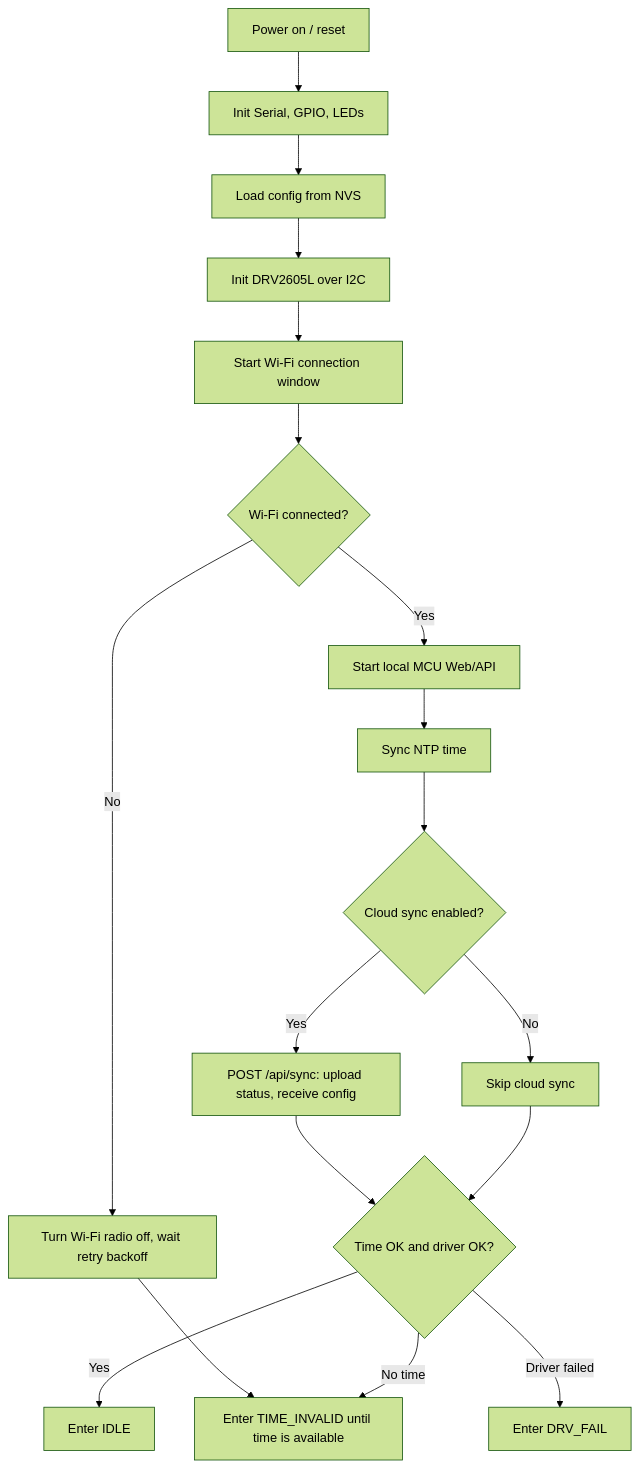
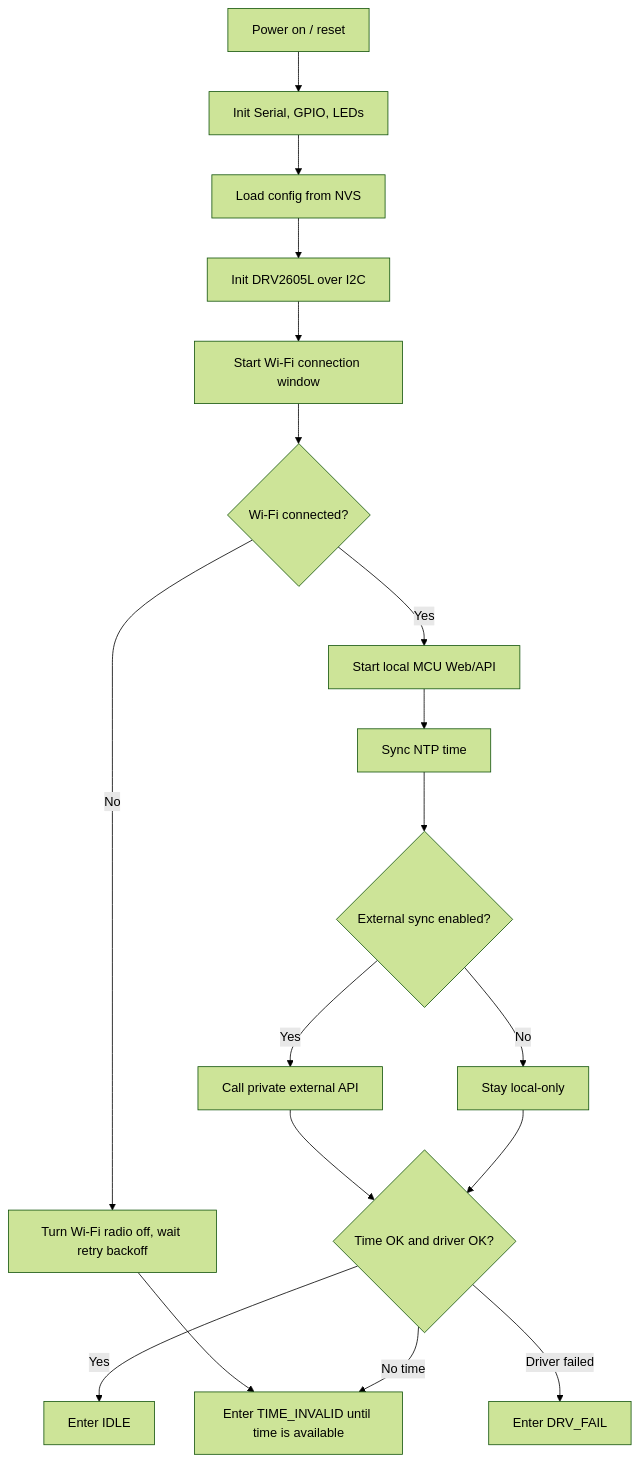
The first of 3 diagrams in docs/MCU_LOGIC.md (terry-eric/esp32c3-clock-web), drawn with Mermaid (forest theme) before and after one commit. The commit also changed other lines of this file and 13 other files, not shown here.

````diff
--- a/docs/MCU_LOGIC.md
+++ b/docs/MCU_LOGIC.md
@@ -12,20 +13,20 @@
 ```mermaid
 flowchart TD
   A["Power on / reset"] --> B["Init Serial, GPIO, LEDs"]
   B --> C["Load config from NVS"]
   C --> D["Init DRV2605L over I2C"]
   D --> E["Start Wi-Fi connection window"]
   E --> F{"Wi-Fi connected?"}
   F -- "Yes" --> G["Start local MCU Web/API"]
   G --> H["Sync NTP time"]
-  H --> I{"Cloud sync enabled?"}
-  I -- "Yes" --> J["POST /api/sync: upload status, receive config"]
-  I -- "No" --> K["Skip cloud sync"]
+  H --> I{"External sync enabled?"}
+  I -- "Yes" --> J["Call private external API"]
+  I -- "No" --> K["Stay local-only"]
   J --> L{"Time OK and driver OK?"}
   K --> L
   F -- "No" --> M["Turn Wi-Fi radio off, wait retry backoff"]
   M --> N["Enter TIME_INVALID until time is available"]
   L -- "Yes" --> O["Enter IDLE"]
   L -- "No time" --> N
   L -- "Driver failed" --> P["Enter DRV_FAIL"]
 ```
````
